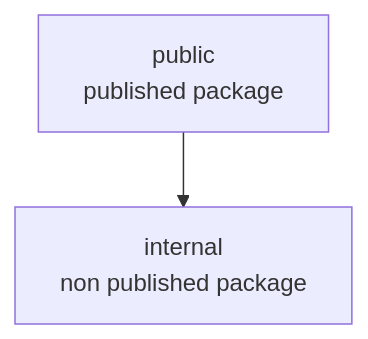
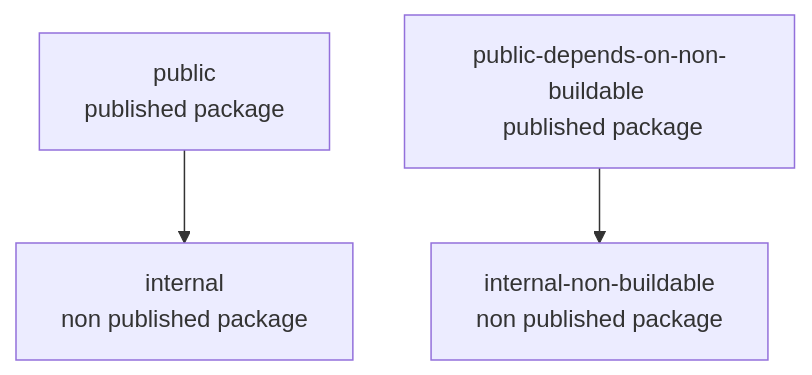
Before and after one commit to thdk/nx-rollup-internal-lib: the diagram in README.md, drawn with Mermaid. The commit also changed other lines of this file and 18 other files, not shown here.

Commit message:
feat: add repro using non buildable libs

````diff
--- a/README.md
+++ b/README.md
@@ -44,4 +80,5 @@
 ```mermaid
 graph TD;
     public[public <br/> published package] --> internal-buildable[internal <br/> non published package];
+    public-depends-on-non-buildable[public-depends-on-non-buildable <br/> published package] --> internal-non-buildable[internal-non-buildable <br/> non published package];
 ```
````
